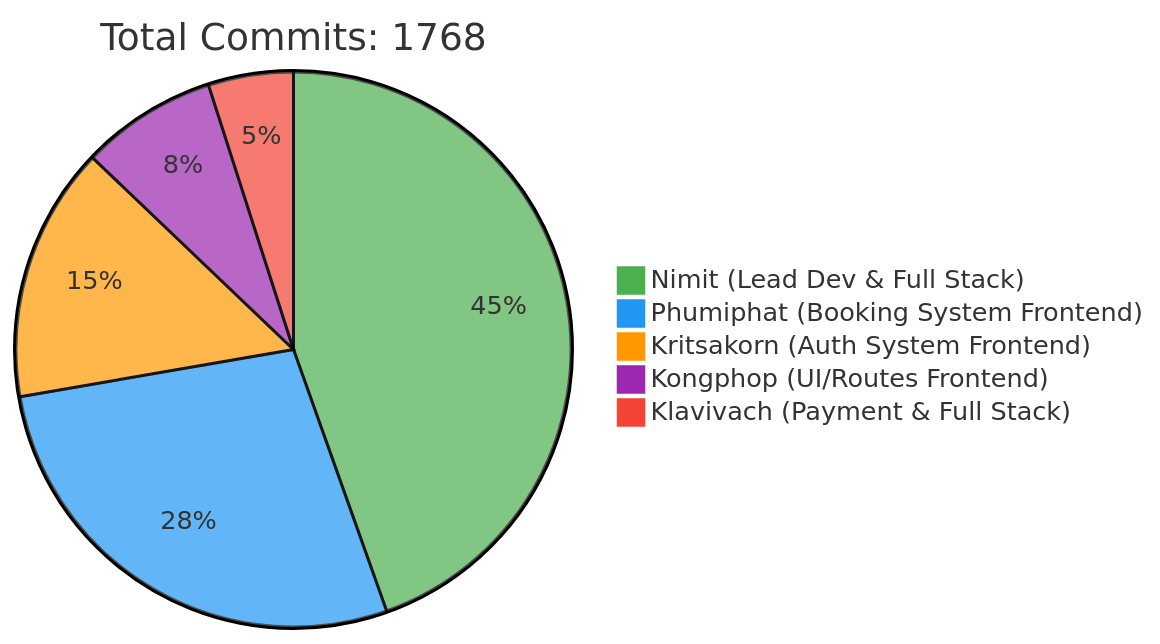
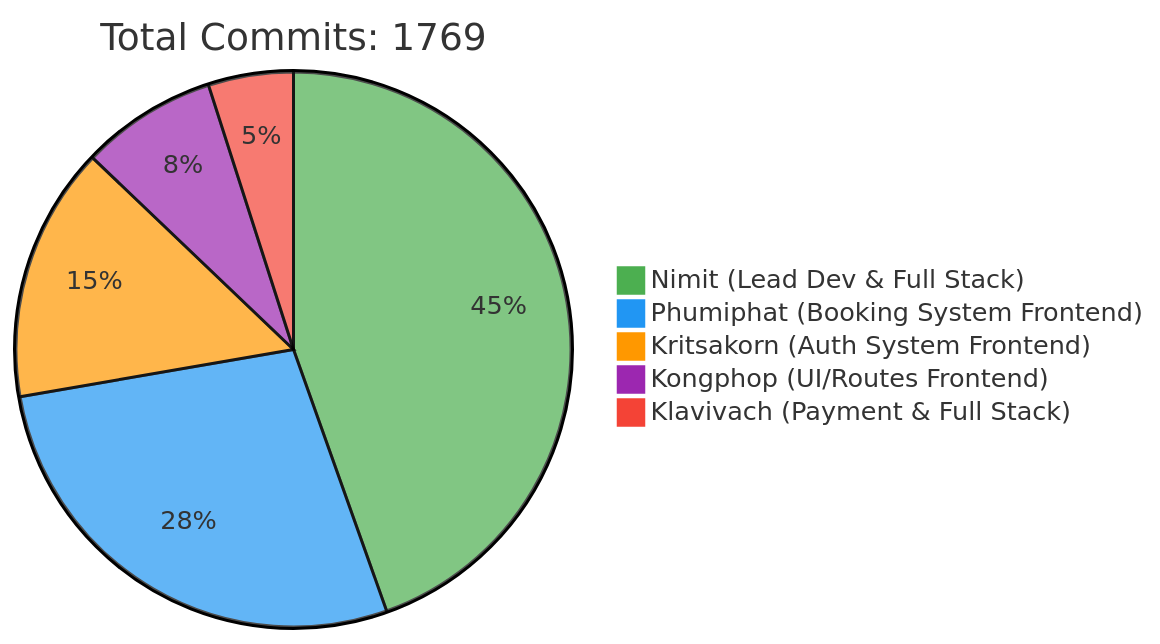
One commit to 6531503042/Sport-Complex changed the first of 2 diagrams in README.md. Above: the diagram before and after it, drawn with Mermaid. The commit also changed other lines of this file, not shown here.

Commit message:
docs: Update contributor statistics [skip ci]

````diff
--- a/README.md
+++ b/README.md
@@ -257,10 +257,10 @@
 ```mermaid
 %%{init: {'theme': 'base', 'themeVariables': { 'pie1': '#4CAF50', 'pie2': '#2196F3', 'pie3': '#FF9800', 'pie4': '#9C27B0', 'pie5': '#F44336'}}}%%
 pie
-    title Total Commits: 1768
+    title Total Commits: 1769
     "Nimit (Lead Dev & Full Stack)" : 450
     "Phumiphat (Booking System Frontend)" : 280
     "Kritsakorn (Auth System Frontend)" : 150
     "Kongphop (UI/Routes Frontend)" : 80
     "Klavivach (Payment & Full Stack)" : 50
 ```
````
